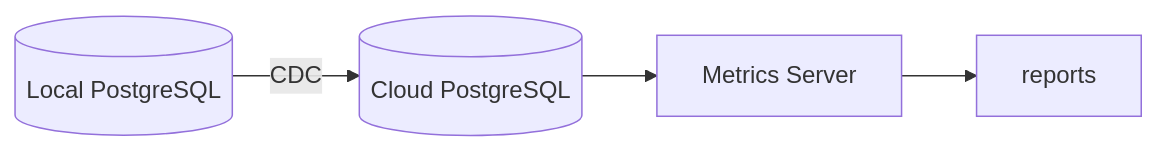
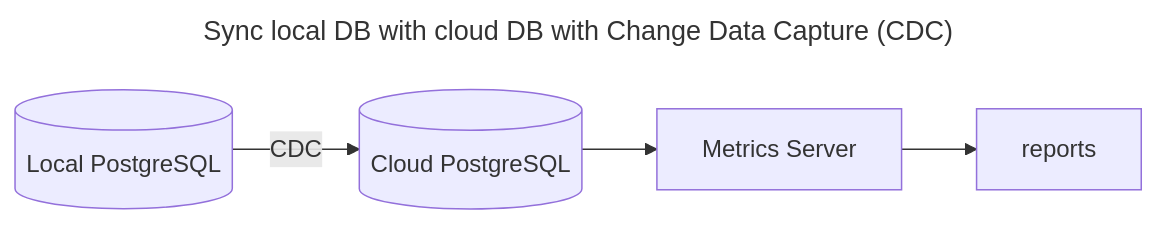
One commit to hamkuu/robot-fleet-system changed the second of 3 diagrams in architecture.md. Above: the diagram before and after it, drawn with Mermaid. The commit also changed other lines of this file, not shown here.

Commit message:
add cloud extension

````diff
--- a/architecture.md
+++ b/architecture.md
@@ -47,6 +55,9 @@
 ```mermaid
+---
+title: Sync local DB with cloud DB with Change Data Capture (CDC)
+---
 flowchart LR
     DB[(Local PostgreSQL)] -->|CDC| CloudDB[(Cloud PostgreSQL)]
     CloudDB --> Metrics[Metrics Server]
     Metrics --> Reports[reports]
 ```
````
